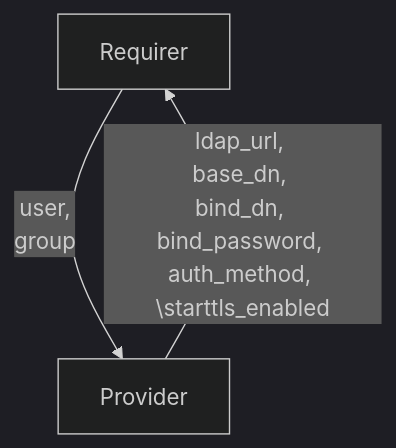
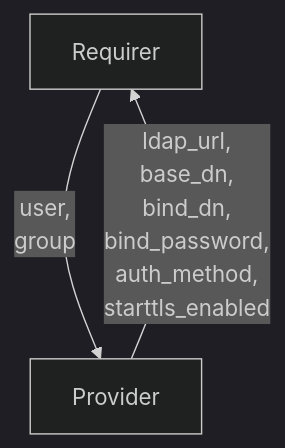
One commit to canonical/charm-relation-interfaces changed the diagram in interfaces/ldap/v0/README.md. Above: the diagram before and after it, drawn with Mermaid (dark theme). The commit also changed other lines of this file and 2 other files, not shown here.

````diff
--- a/interfaces/ldap/v0/README.md
+++ b/interfaces/ldap/v0/README.md
@@ -10,5 +10,5 @@
 ```mermaid
 flowchart TD
     Requirer -- user, \ngroup --> Provider
-    Provider -- ldap_url, \nbase_dn, \nbind_dn, \nbind_password, \nauth_method, \starttls_enabled --> Requirer
+    Provider -- ldap_url, \nbase_dn, \nbind_dn, \nbind_password, \nauth_method, \nstarttls_enabled --> Requirer
 ```
````
